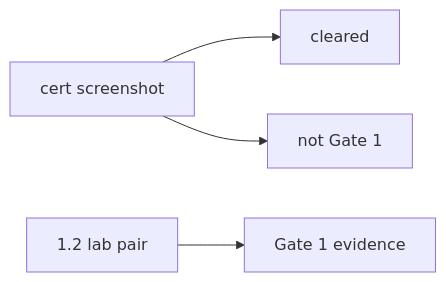
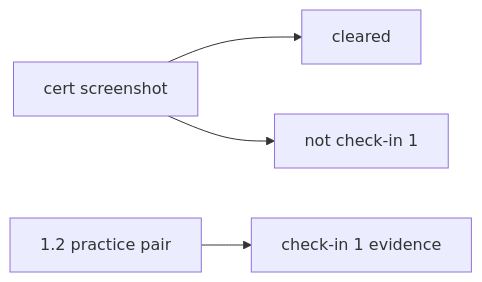
Before and after one commit to ishitvagoel/LearnSecurity: the second of 2 diagrams in content/modules/0/0.2/lessons/02-model.md, drawn with Mermaid. The commit also changed other lines of this file and 44 other files, not shown here.

````diff
--- a/content/modules/0/0.2/lessons/02-model.md
+++ b/content/modules/0/0.2/lessons/02-model.md
@@ -25,6 +25,6 @@
 ```mermaid
 flowchart LR
   Badge[cert screenshot] --> Belief[cleared]
-  Ev["1.2 lab pair"] --> Gate1[Gate 1 evidence]
-  Badge --> NotGate[not Gate 1]
+  Ev["1.2 practice pair"] --> Gate1[check-in 1 evidence]
+  Badge --> NotGate[not check-in 1]
 ```
````
